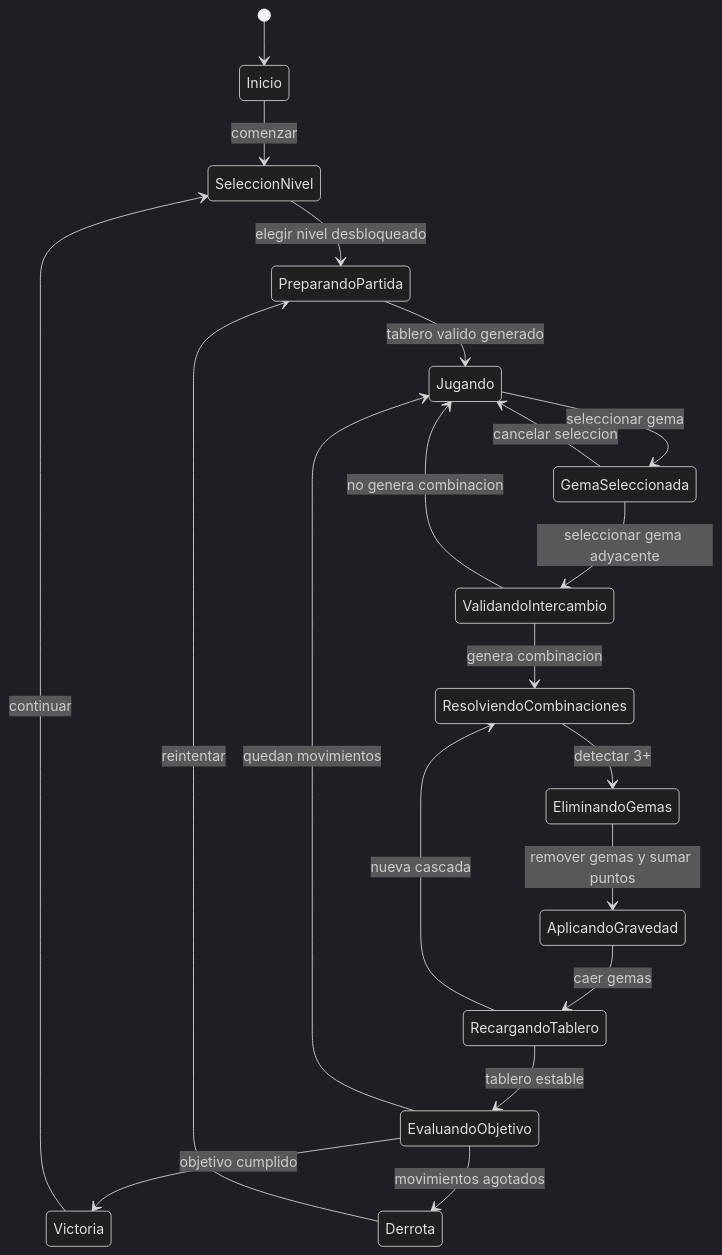
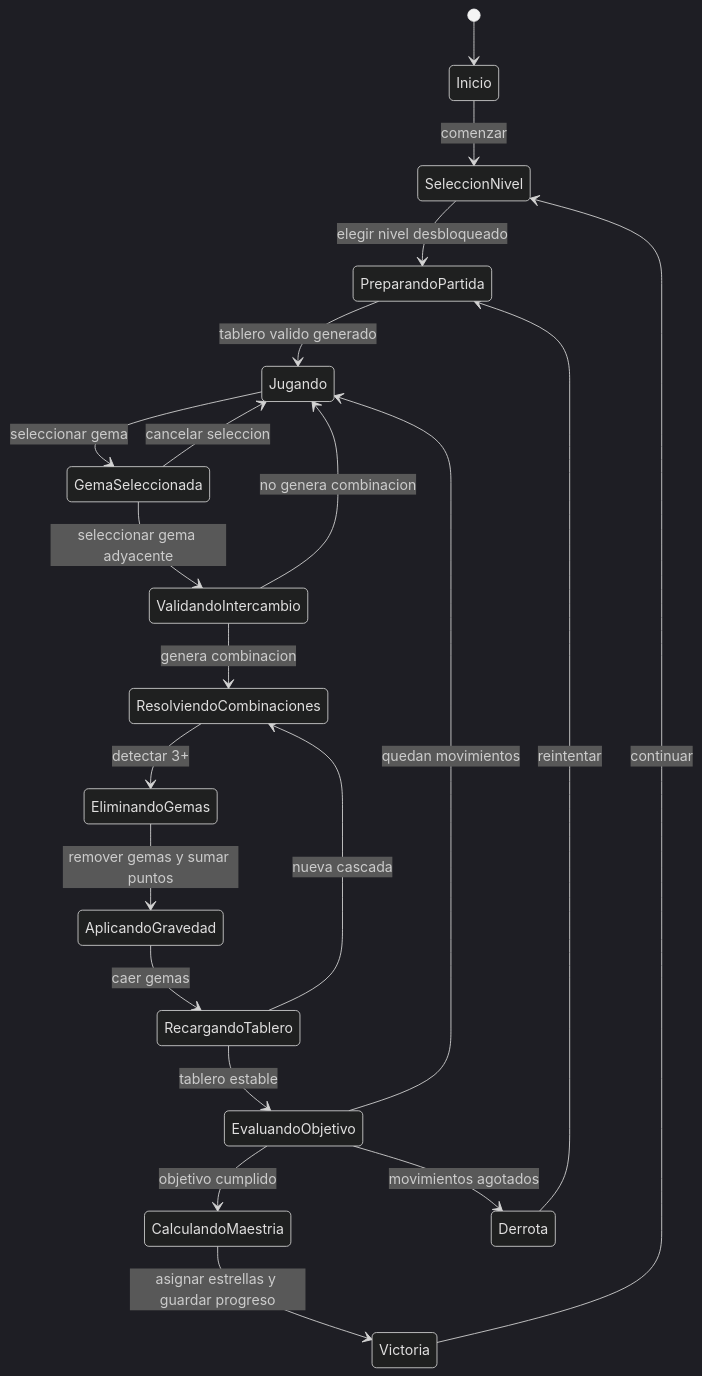
Before and after one commit to sebasbv11/juego-match-3: the fifth of 6 diagrams in docs/modelado.md, drawn with Mermaid (dark theme). The commit also changed other lines of this file, not shown here.

````diff
--- a/docs/modelado.md
+++ b/docs/modelado.md
@@ -530,26 +575,27 @@
 ```mermaid
 stateDiagram-v2
   [*] --> Inicio
   Inicio --> SeleccionNivel: comenzar
   SeleccionNivel --> PreparandoPartida: elegir nivel desbloqueado
   PreparandoPartida --> Jugando: tablero valido generado
 
   Jugando --> GemaSeleccionada: seleccionar gema
   GemaSeleccionada --> Jugando: cancelar seleccion
   GemaSeleccionada --> ValidandoIntercambio: seleccionar gema adyacente
   ValidandoIntercambio --> Jugando: no genera combinacion
   ValidandoIntercambio --> ResolviendoCombinaciones: genera combinacion
 
   ResolviendoCombinaciones --> EliminandoGemas: detectar 3+
   EliminandoGemas --> AplicandoGravedad: remover gemas y sumar puntos
   AplicandoGravedad --> RecargandoTablero: caer gemas
   RecargandoTablero --> ResolviendoCombinaciones: nueva cascada
   RecargandoTablero --> EvaluandoObjetivo: tablero estable
 
-  EvaluandoObjetivo --> Victoria: objetivo cumplido
+  EvaluandoObjetivo --> CalculandoMaestria: objetivo cumplido
   EvaluandoObjetivo --> Derrota: movimientos agotados
   EvaluandoObjetivo --> Jugando: quedan movimientos
 
+  CalculandoMaestria --> Victoria: asignar estrellas y guardar progreso
   Victoria --> SeleccionNivel: continuar
   Derrota --> PreparandoPartida: reintentar
 ```
````
